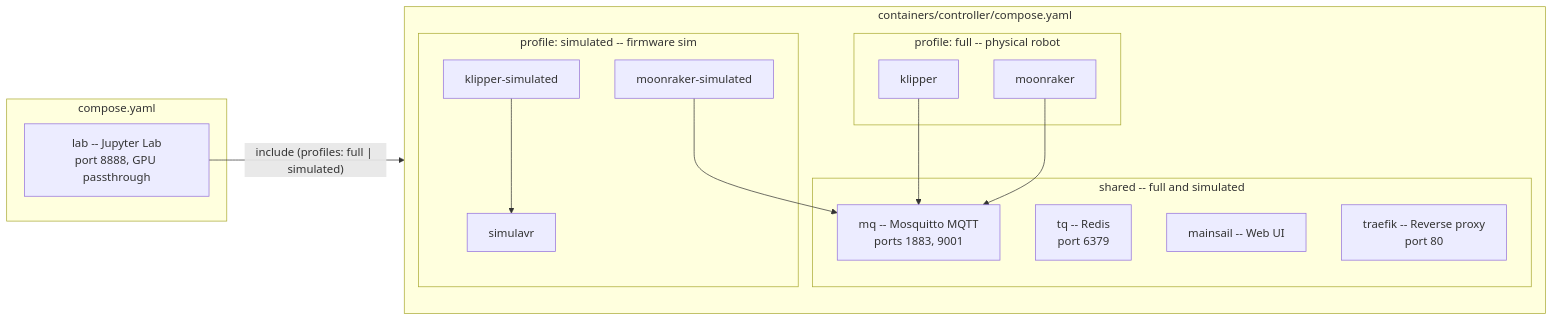
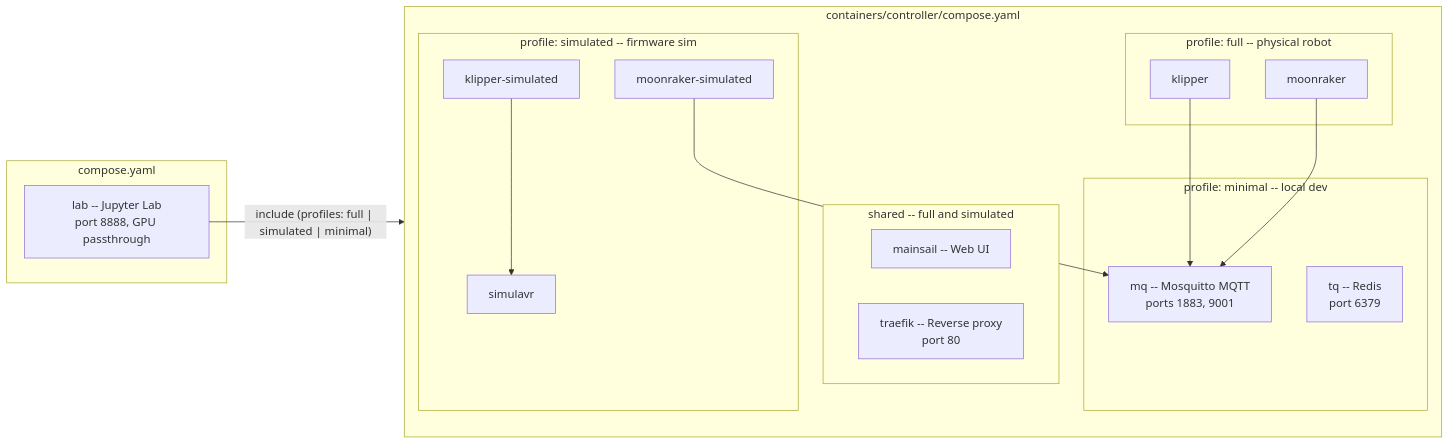
Before and after one commit to leogolds/ManiPylator: the second of 6 diagrams in docs/ARCHITECTURE.md, drawn with Mermaid. The commit also changed other lines of this file and 1 other file, not shown here.

````diff
--- a/docs/ARCHITECTURE.md
+++ b/docs/ARCHITECTURE.md
@@ -81,30 +81,32 @@
 ```mermaid
 graph LR
     subgraph compose_root ["compose.yaml"]
         Lab["lab -- Jupyter Lab<br/>port 8888, GPU passthrough"]
     end
 
     subgraph compose_controller ["containers/controller/compose.yaml"]
-        subgraph profile_shared ["shared -- full and simulated"]
+        subgraph profile_minimal ["profile: minimal -- local dev"]
             MQ["mq -- Mosquitto MQTT<br/>ports 1883, 9001"]
             TQ["tq -- Redis<br/>port 6379"]
+        end
+        subgraph profile_shared ["shared -- full and simulated"]
             Mainsail["mainsail -- Web UI"]
             Traefik["traefik -- Reverse proxy<br/>port 80"]
         end
         subgraph profile_full ["profile: full -- physical robot"]
             KlipperFull["klipper"]
             MoonrakerFull["moonraker"]
         end
         subgraph profile_sim ["profile: simulated -- firmware sim"]
             SimulavrSvc["simulavr"]
             KlipperSim["klipper-simulated"]
             MoonrakerSim["moonraker-simulated"]
         end
     end
 
-    Lab -- "include (profiles: full | simulated)" --> compose_controller
+    Lab -- "include (profiles: full | simulated | minimal)" --> compose_controller
     KlipperFull --> MQ
     MoonrakerFull --> MQ
     KlipperSim --> SimulavrSvc
     MoonrakerSim --> MQ
 ```
````
